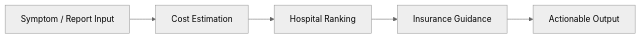
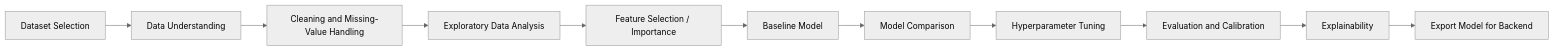
One commit to Shrutii-Dixit/NiraVed-AI-Healthcare-Platform changed the third of 4 diagrams in README.md. Above: the diagram before and after it, drawn with Mermaid (neutral theme). The commit also changed other lines of this file, not shown here.

````diff
--- a/README.md
+++ b/README.md
@@ -278,7 +201,13 @@
 ```mermaid
 flowchart LR
-	A[Symptom / Report Input] --> B[Cost Estimation]
-	B --> C[Hospital Ranking]
-	C --> D[Insurance Guidance]
-	D --> E[Actionable Output]
+    A[Dataset Selection] --> B[Data Understanding]
+    B --> C[Cleaning and Missing-Value Handling]
+    C --> D[Exploratory Data Analysis]
+    D --> E[Feature Selection / Importance]
+    E --> F[Baseline Model]
+    F --> G[Model Comparison]
+    G --> H[Hyperparameter Tuning]
+    H --> I[Evaluation and Calibration]
+    I --> J[Explainability]
+    J --> K[Export Model for Backend]
 ```
````
